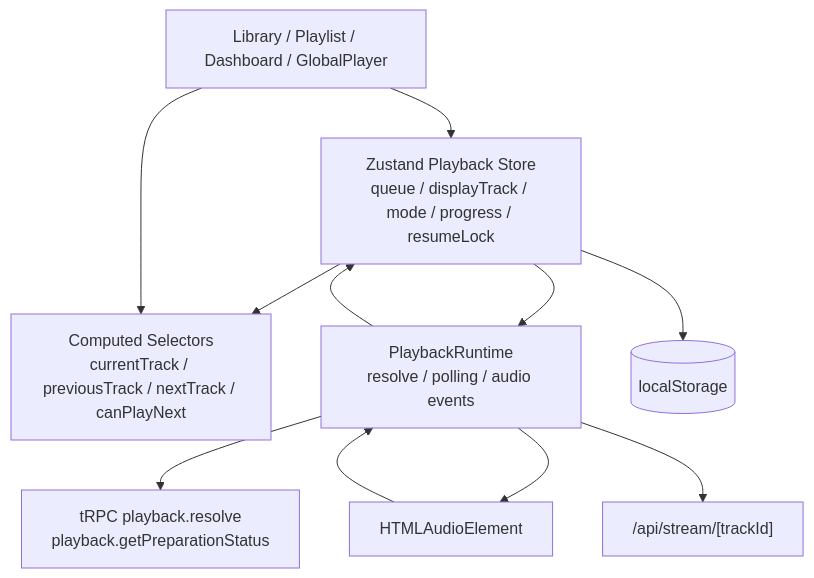
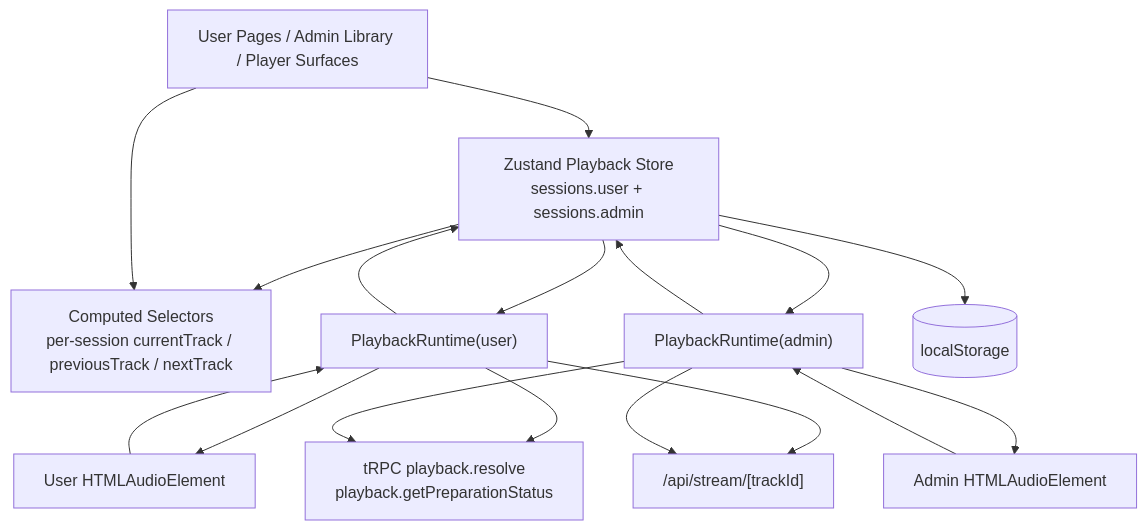
One commit to namehu/music-tagger changed the first of 7 diagrams in docs/architecture/playback-runtime-and-modes.md. Above: the diagram before and after it, drawn with Mermaid. The commit also changed other lines of this file and 19 other files, not shown here.

````diff
--- a/docs/architecture/playback-runtime-and-modes.md
+++ b/docs/architecture/playback-runtime-and-modes.md
@@ -19,22 +20,30 @@
 ```mermaid
 flowchart TD
-  UI["Library / Playlist / Dashboard / GlobalPlayer"]
-  Store["Zustand Playback Store<br/>queue / displayTrack / mode / progress / resumeLock"]
-  Computed["Computed Selectors<br/>currentTrack / previousTrack / nextTrack / canPlayNext"]
-  Runtime["PlaybackRuntime<br/>resolve / polling / audio events"]
-  Audio[HTMLAudioElement]
+  UI["User Pages / Admin Library / Player Surfaces"]
+  Store["Zustand Playback Store<br/>sessions.user + sessions.admin"]
+  Computed["Computed Selectors<br/>per-session currentTrack / previousTrack / nextTrack"]
+  UserRT["PlaybackRuntime(user)"]
+  AdminRT["PlaybackRuntime(admin)"]
+  UserAudio["User HTMLAudioElement"]
+  AdminAudio["Admin HTMLAudioElement"]
   API["tRPC playback.resolve<br/>playback.getPreparationStatus"]
   Stream["/api/stream/[trackId]"]
   Local[(localStorage)]
 
   UI --> Store
   Store --> Computed
   UI --> Computed
-  Store --> Runtime
-  Runtime --> API
-  Runtime --> Audio
-  Audio --> Runtime
-  Runtime --> Store
+  Store --> UserRT
+  Store --> AdminRT
+  UserRT --> API
+  AdminRT --> API
+  UserRT --> UserAudio
+  AdminRT --> AdminAudio
+  UserAudio --> UserRT
+  AdminAudio --> AdminRT
+  UserRT --> Store
+  AdminRT --> Store
   Store --> Local
-  Runtime --> Stream
+  UserRT --> Stream
+  AdminRT --> Stream
 ```
````
